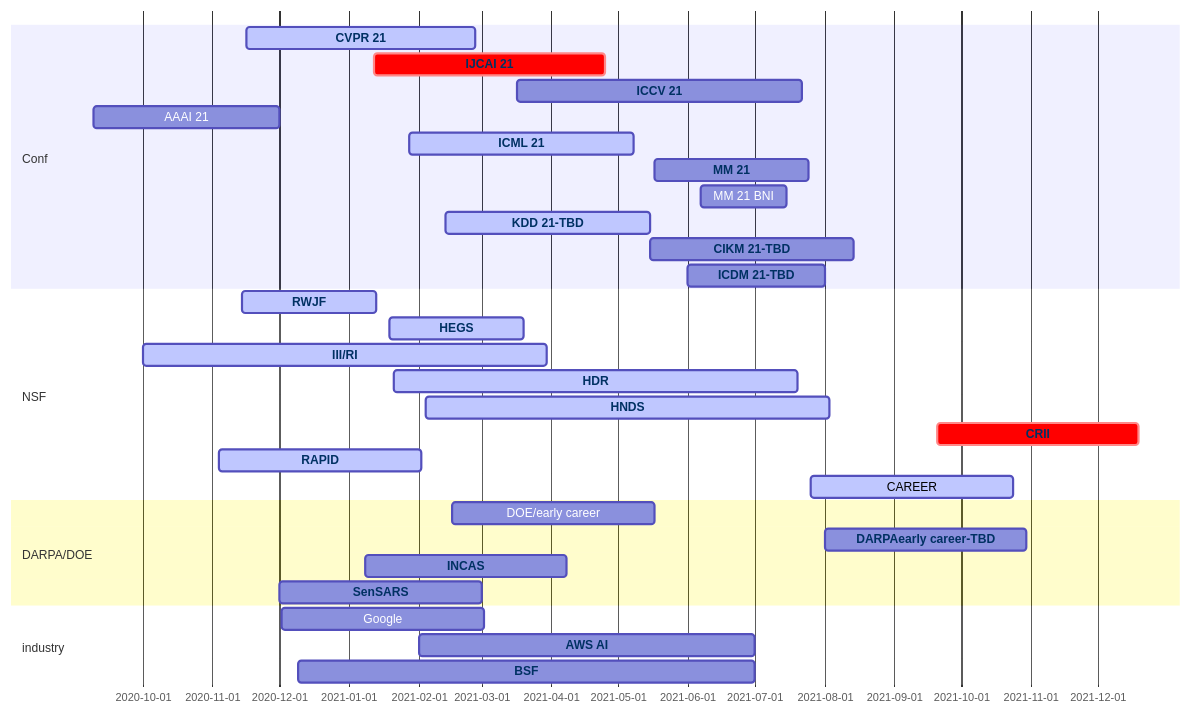
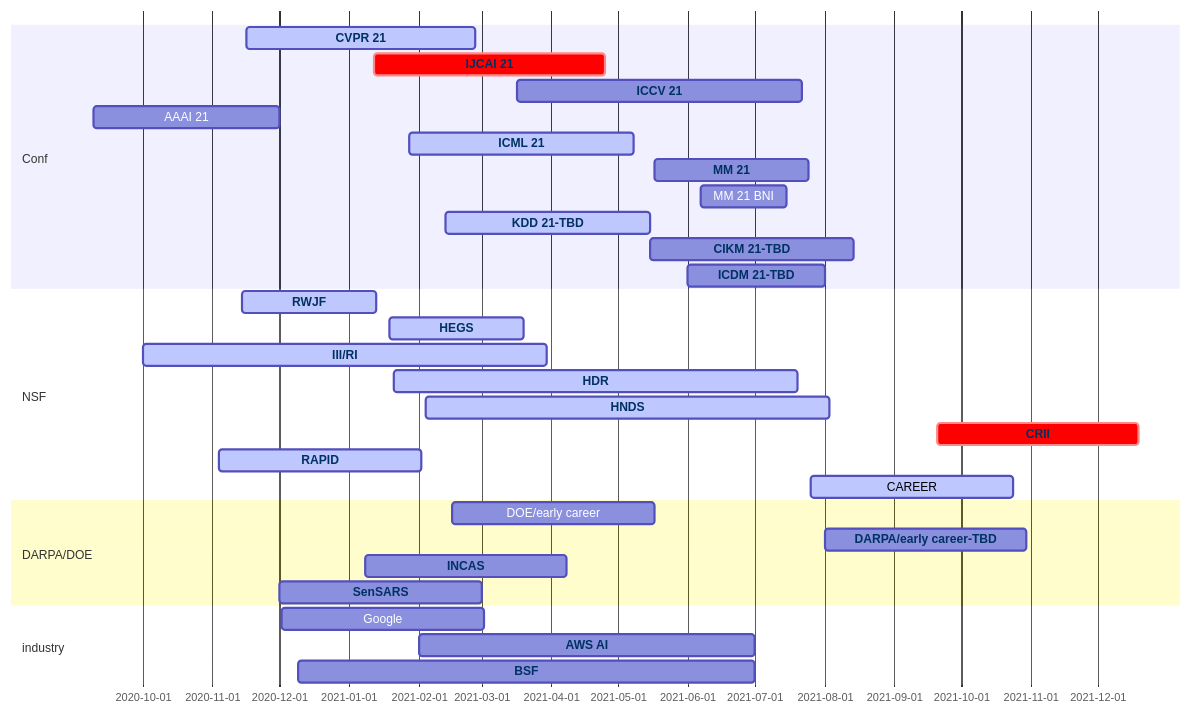
Before and after one commit to aquastar/academic-kickstart: the diagram in content/post/conf/index.md, drawn with Mermaid. The commit also changed other lines of this file, not shown here.

````diff
--- a/content/post/conf/index.md
+++ b/content/post/conf/index.md
@@ -16,56 +16,56 @@
 ```mermaid
 gantt
   dateFormat  MM/DD/YY
   section Conf
     CVPR 21 :active, cvpr, 11/16/20, 02/26/21
     IJCAI 21 :crit, ijcai, 01/12/21, 04/25/21
     ICCV 21 :iccv, 03/17/21, 07/22/21
     AAAI 21 :aaai, 09/09/20, 12/01/20
     ICML 21:active, icml, 01/28/21, 05/08/21
     MM 21:mm, 05/17/21, 07/25/21
     MM 21 BNI:mmbni, 06/07/21, 07/15/21
     KDD 21-TBD:active, kdd, 02/13/21, 05/15/21
     CIKM 21-TBD:cikm, 05/15/21, 08/14/21
     ICDM 21-TBD:icdm, 06/01/21, 08/01/21
   section NSF
     RWJF :active, rwjf, 11/14/20, 60d
     HEGS: active, hegs, 01/19/21, 60d
     III/RI: active, iis, 10/01/20, 180d
     HDR :active, hdr, 01/21/21, 180d
     HNDS :active, hnds, 02/04/21, 180d
     CRII :crit, crii, 09/20/21, 90d 
     RAPID:active, rapid, 11/04/20, 90d
     CAREER:active, career, 07/26/21, 90d
   section DARPA/DOE
     DOE/early career: doe, 02/16/21, 90d 
-    DARPAearly career-TBD: darpa, 08/01/21, 90d
+    DARPA/early career-TBD: darpa, 08/01/21, 90d
     INCAS: incas, 01/08/21, 90d
     SenSARS: sensars, 12/01/20, 90d
   section industry
     Google: google, 12/02/20, 90d
     AWS AI: aws, 02/01/21, 07/01/21
     BSF: bsf, 12/09/20, 07/01/21
 
   click bsf href "https://www.bsf.org.il/funding-opportunities/bsf-research-grants/about/"
   click sensars href "https://beta.sam.gov/opp/a84f1af107334afcbf39d885d8f668a3/view"
   click aws href "https://www.amazon.science/research-awards/call-for-proposals/aws-ai"
   click incas href "https://beta.sam.gov/opp/6bbca26d91df4eff96b4edfa2386c35f/view?keywords=incas&sort=-relevance&index=&is_active=true&page=1"
   click darpa href "https://www.darpa.mil/work-with-us/for-universities/young-faculty-award"
   click deo href "https://www.grants.gov/web/grants/search-grants.html"
   click cvpr href "http://cvpr2021.thecvf.com/"
   click iccv href "http://iccv2021.thecvf.com/"
   click icml href "https://icml.cc/Conferences/2021"
   click ijcai href "http://www.ijcai-21.org/"
   click kdd href "http://www.kdd.org/kdd2021"
   click www href "https://www2021.thewebconf.org/"
   click cikm href "https://www.cikm2021.org/"
   click icdm href "http://icdm2021.bigke.org"
   click mm href "https://2020.acmmm.org/index.html"
   click crii href "https://www.nsf.gov/funding/pgm_summ.jsp?pims_id=504952"
   click hdr href "https://www.nsf.gov/funding/pgm_summ.jsp?pims_id=505828&org=NSF&sel_org=CISE&from=fund"
   click hnds href "https://www.nsf.gov/funding/pgm_summ.jsp?pims_id=505702"
   click rwjf href "https://anr.rwjf.org/viewCfp.do?cfpId=1509&cfpOverviewId="
   click iis href "https://www.nsf.gov/funding/pgm_summ.jsp?pims_id=505667&org=NSF"
   click hegs href "https://www.nsf.gov/funding/pgm_summ.jsp?pims_id=505745&org=NSF&sel_org=NSF&from=fund"
   click rapid href "https://www.nsf.gov/news/special_reports/coronavirus/"
 ```
````
